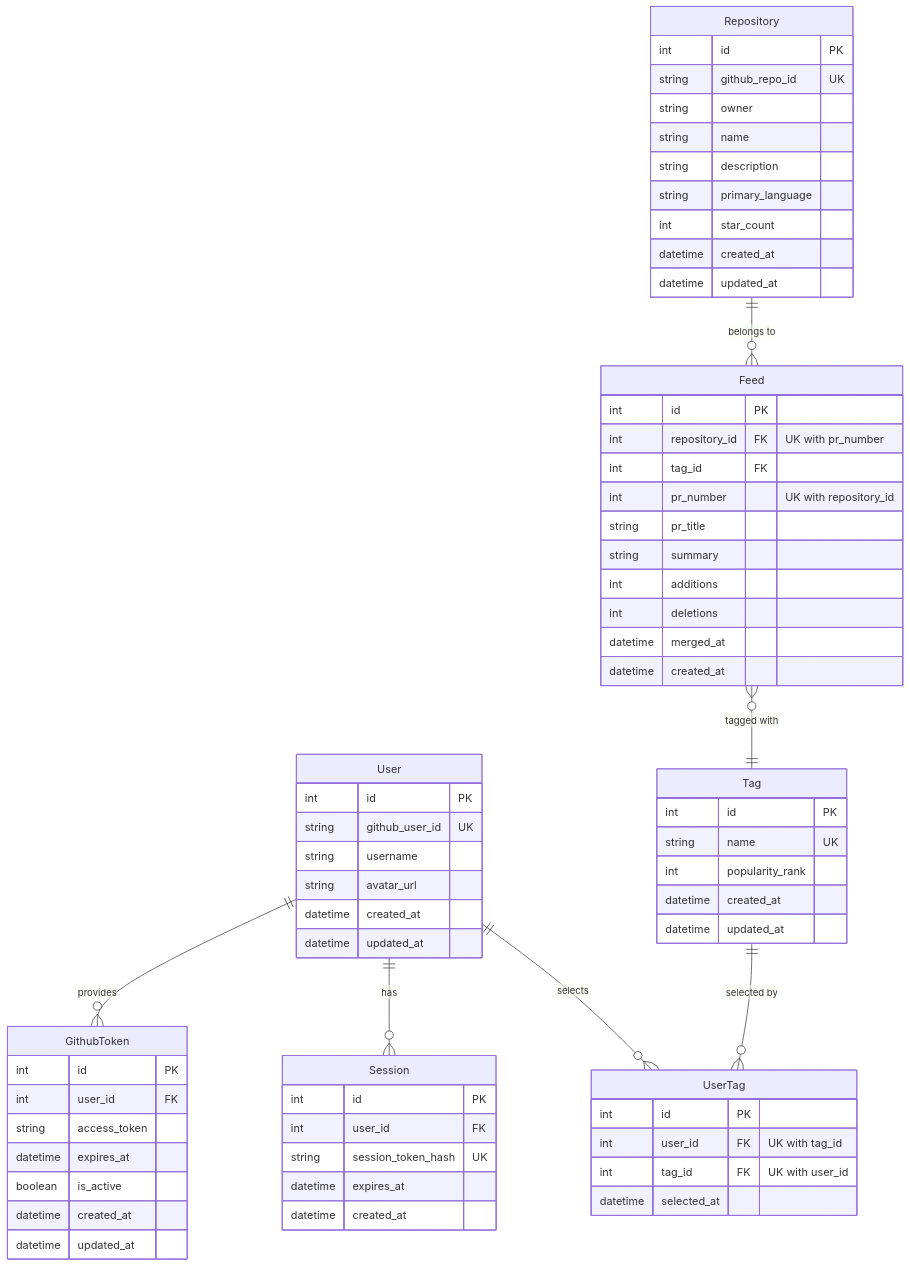
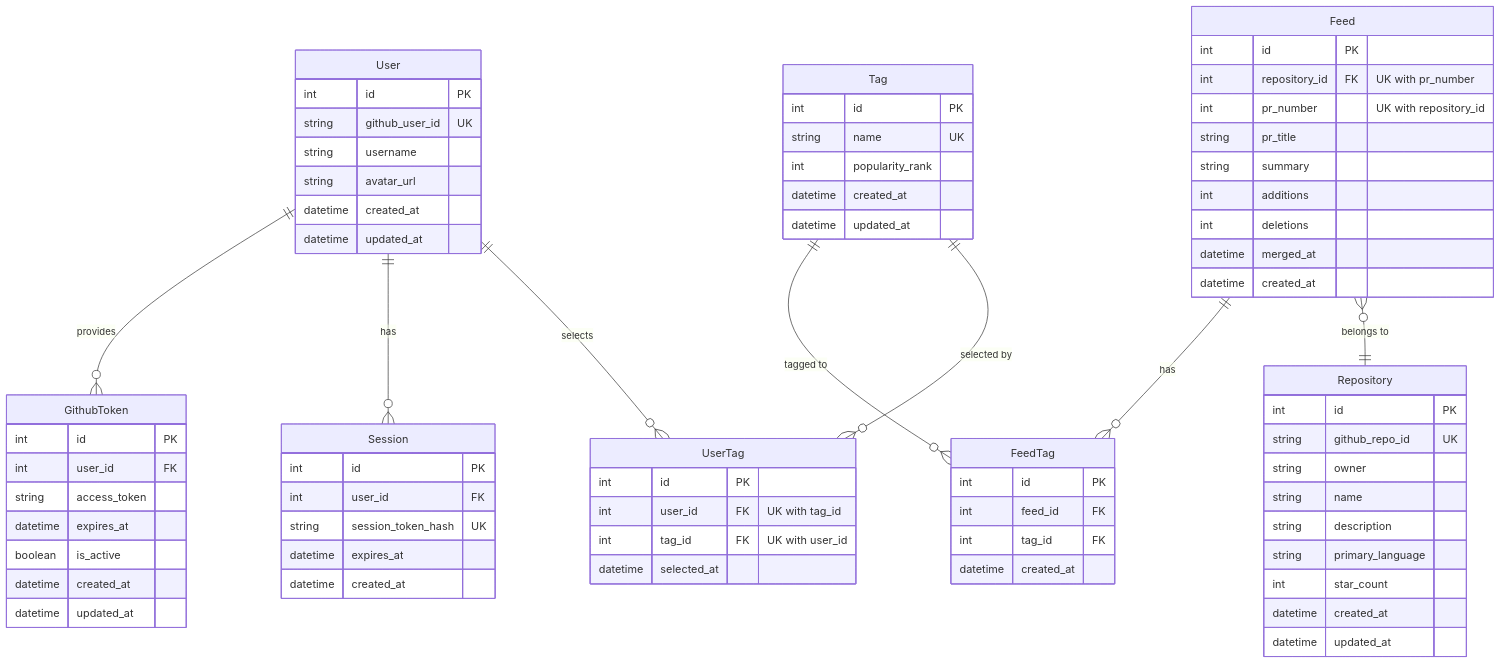
The diagram in docs/er-diagram.md (tsukuneA1/git-feed), drawn with Mermaid before and after one commit.

Commit message:
fix:FeedTagテーブルを追加

````diff
--- a/docs/er-diagram.md
+++ b/docs/er-diagram.md
@@ -4,8 +4,9 @@
     Tag ||--o{ UserTag : "selected by"
     User ||--o{ Session : "has"
     User ||--o{ GithubToken : "provides"
-    Repository ||--o{ Feed: "belongs to"
-    Feed }o--|| Tag : "tagged with"
+    Feed }o--|| Repository : "belongs to"
+    Feed ||--o{ FeedTag : "has"
+    Tag ||--o{ FeedTag : "tagged to"
 
     User {
         int id PK
@@ -64,7 +65,6 @@
     Feed {
         int id PK
         int repository_id FK "UK with pr_number"
-        int tag_id FK
         int pr_number "UK with repository_id"
         string pr_title
         string summary
@@ -73,4 +73,11 @@
         datetime merged_at
         datetime created_at
     }
+
+    FeedTag {
+        int id PK
+        int feed_id FK
+        int tag_id FK
+        datetime created_at
+    }
 ```
````
